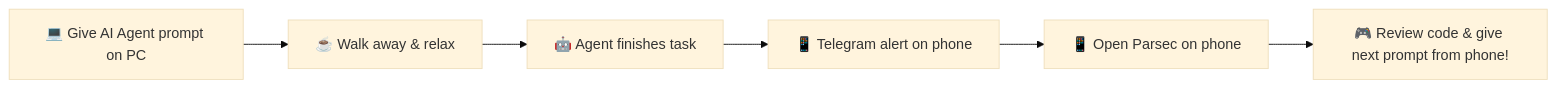
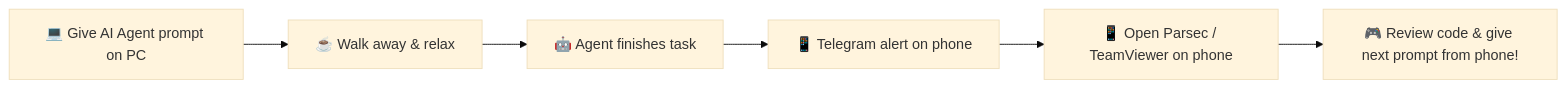
Before and after one commit to alhinawi/telegram-notifier: the diagram in README.md, drawn with Mermaid (base theme). The commit also changed other lines of this file and 2 other files, not shown here.

````diff
--- a/README.md
+++ b/README.md
@@ -116,8 +143,8 @@
 ```mermaid
 graph LR
     A[💻 Give AI Agent prompt on PC] --> B[☕ Walk away & relax]
     B --> C[🤖 Agent finishes task]
     C --> D[📱 Telegram alert on phone]
-    D --> E[📱 Open Parsec on phone]
+    D --> E[📱 Open Parsec / TeamViewer on phone]
     E --> F[🎮 Review code & give next prompt from phone!]
 ```
````
